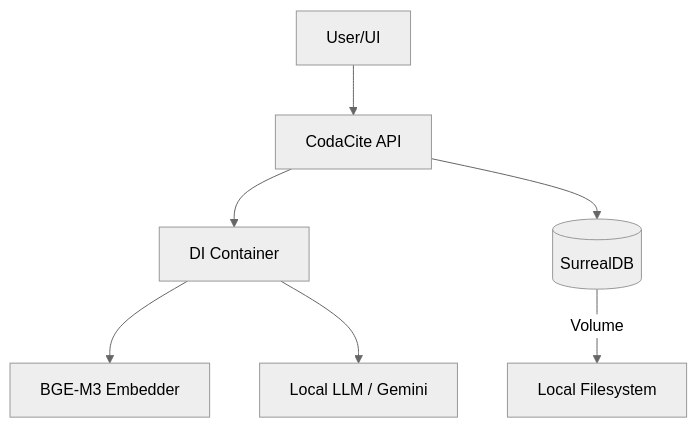
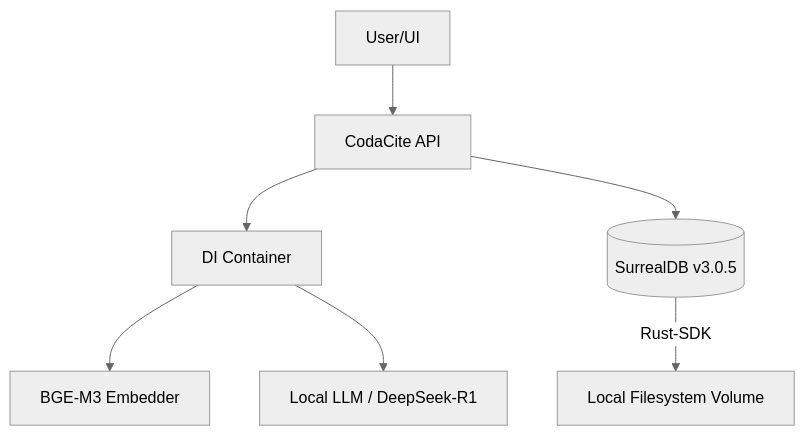
One commit to foersben/CodaCite changed the diagram in docs/infrastructure.md. Above: the diagram before and after it, drawn with Mermaid (neutral theme). The commit also changed other lines of this file and 27 other files, not shown here.

First line of the commit message:
docs: synchronize architecture and pipeline specifications

````diff
--- a/docs/infrastructure.md
+++ b/docs/infrastructure.md
@@ -58,9 +66,9 @@
 ```mermaid
 graph TD
     USER[User/UI] --> API[CodaCite API]
     API --> DI[DI Container]
     DI --> EMBED[BGE-M3 Embedder]
-    DI --> LLM[Local LLM / Gemini]
-    API --> DB[(SurrealDB)]
-    DB -- "Volume" --> DISK[Local Filesystem]
+    DI --> LLM[Local LLM / DeepSeek-R1]
+    API --> DB[(SurrealDB v3.0.5)]
+    DB -- "Rust-SDK" --> DISK[Local Filesystem Volume]
 ```
````
